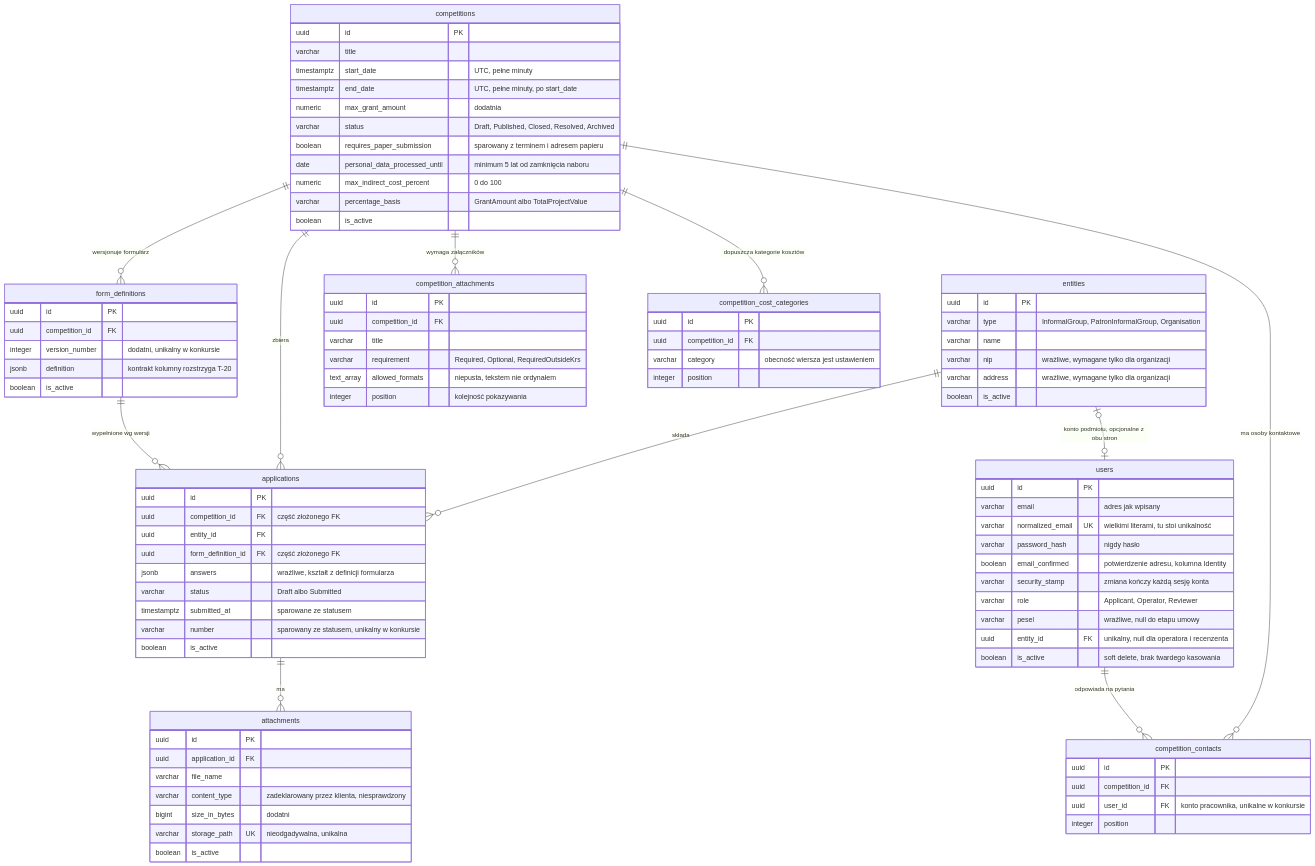
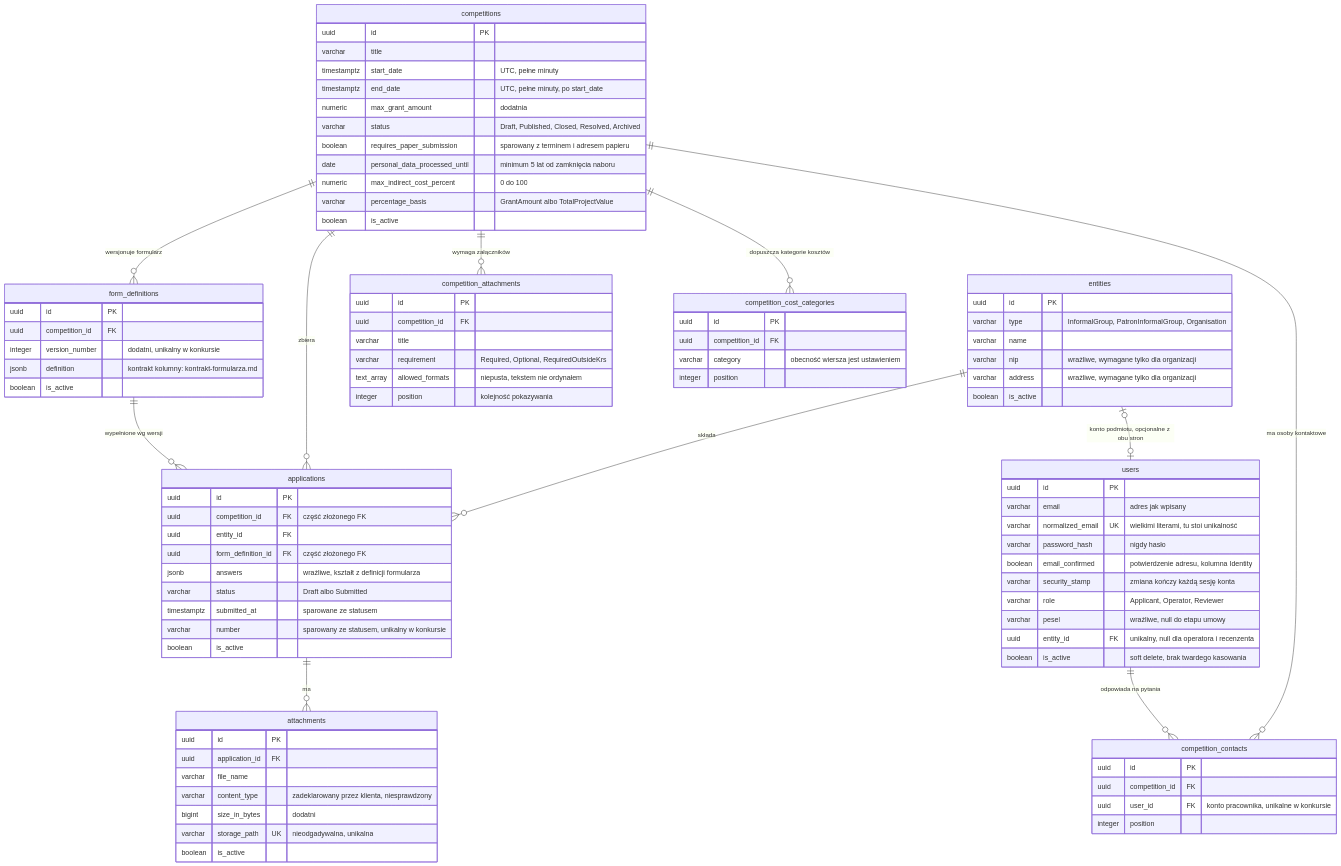
The first of 2 diagrams in docs/model-danych.md (ootLabs/OCWIP-grant-competitions), drawn with Mermaid before and after one commit. The commit also changed other lines of this file and 3 other files, not shown here.

```diff
--- a/docs/model-danych.md
+++ b/docs/model-danych.md
@@ -84,7 +84,7 @@
         uuid id PK
         uuid competition_id FK
         integer version_number "dodatni, unikalny w konkursie"
-        jsonb definition "kontrakt kolumny rozstrzyga T-20"
+        jsonb definition "kontrakt kolumny: kontrakt-formularza.md"
         boolean is_active
     }
 
```
